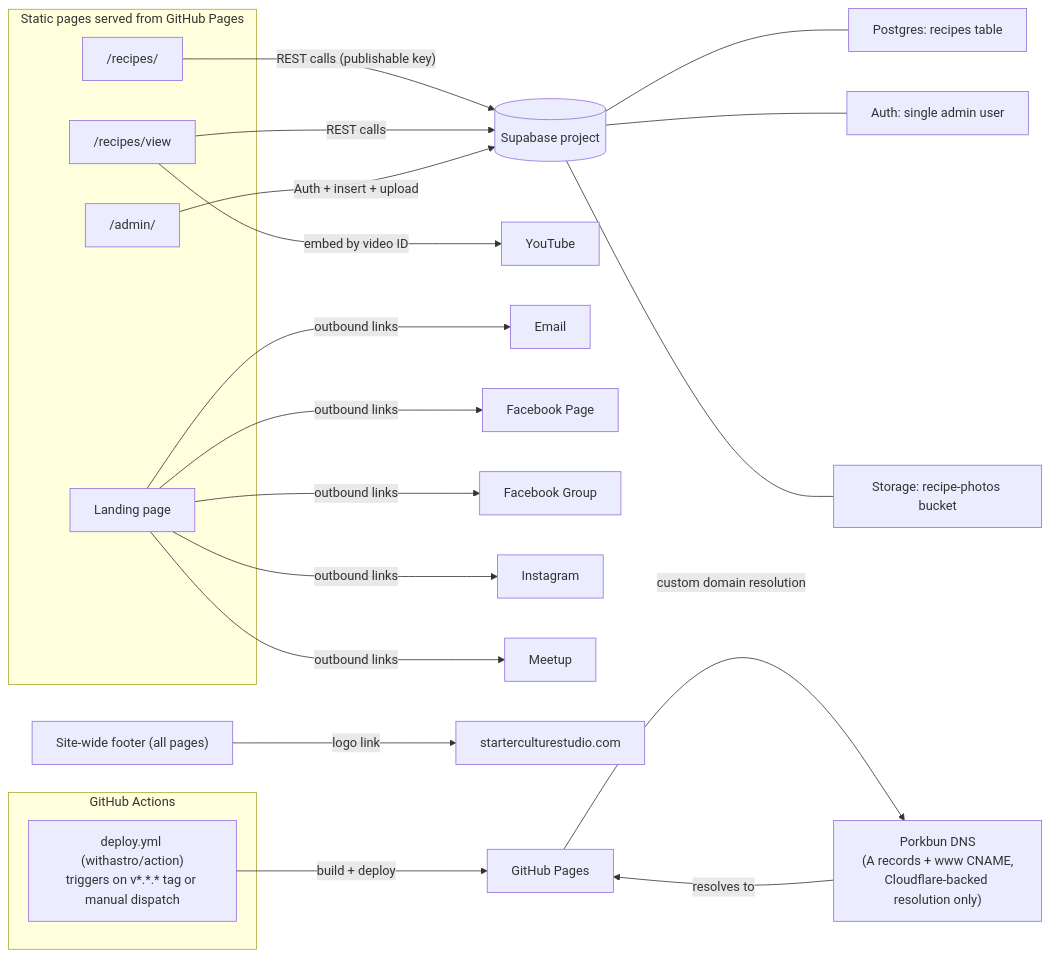
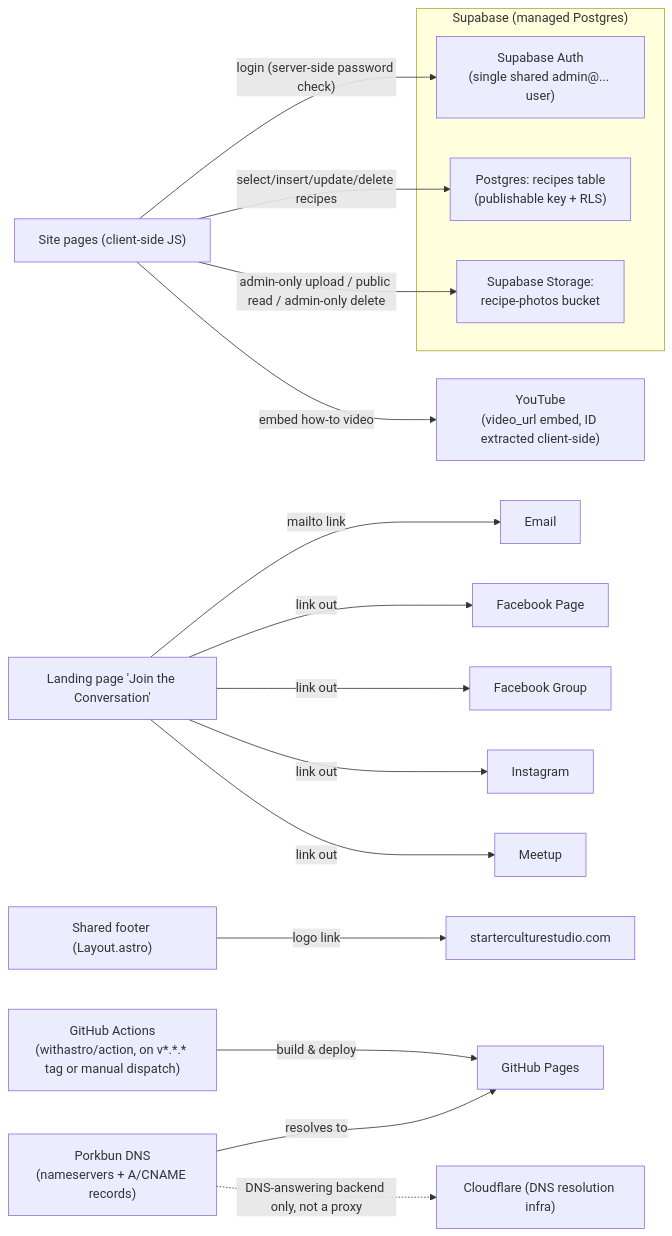
One commit to BubbaF377/heartland-fermenters-guild changed the second of 3 diagrams in docs/VISUALIZER.md. Above: the diagram before and after it, drawn with Mermaid. The commit also changed other lines of this file, not shown here.

````diff
--- a/docs/VISUALIZER.md
+++ b/docs/VISUALIZER.md
@@ -42,33 +32,30 @@
 ```mermaid
 graph LR
-    subgraph Browser["Static pages served from GitHub Pages"]
-        Land["Landing page"]
-        RecList["/recipes/"]
-        RecView["/recipes/view"]
-        AdminPg["/admin/"]
+    Browser["Site pages (client-side JS)"]
+
+    subgraph Supabase["Supabase (managed Postgres)"]
+        AuthSvc["Supabase Auth<br/>(single shared admin@... user)"]
+        DB["Postgres: recipes table<br/>(publishable key + RLS)"]
+        Storage["Supabase Storage:<br/>recipe-photos bucket"]
     end
 
-    RecList -- "REST calls (publishable key)" --> Supa[(Supabase project)]
-    RecView -- "REST calls" --> Supa
-    AdminPg -- "Auth + insert + upload" --> Supa
-    Supa --- SupaDB["Postgres: recipes table"]
-    Supa --- SupaAuthSvc["Auth: single admin user"]
-    Supa --- SupaStore["Storage: recipe-photos bucket"]
+    YouTube["YouTube<br/>(video_url embed, ID extracted client-side)"]
 
-    RecView -- "embed by video ID" --> YT["YouTube"]
+    Browser -->|"login (server-side password check)"| AuthSvc
+    Browser -->|"select/insert/update/delete recipes"| DB
+    Browser -->|"admin-only upload / public read / admin-only delete"| Storage
+    Browser -->|"embed how-to video"| YouTube
 
-    Land -- "outbound links" --> Email["Email"]
-    Land -- "outbound links" --> FBPage["Facebook Page"]
-    Land -- "outbound links" --> FBGroup["Facebook Group"]
-    Land -- "outbound links" --> IG["Instagram"]
-    Land -- "outbound links" --> Meetup["Meetup"]
+    Index2["Landing page 'Join the Conversation'"]
+    Index2 -->|"mailto link"| Email["Email"]
+    Index2 -->|"link out"| FBPage["Facebook Page"]
+    Index2 -->|"link out"| FBGroup["Facebook Group"]
+    Index2 -->|"link out"| Instagram["Instagram"]
+    Index2 -->|"link out"| Meetup["Meetup"]
 
-    Footer["Site-wide footer (all pages)"] -- "logo link" --> SCS2["starterculturestudio.com"]
+    Footer["Shared footer (Layout.astro)"] -->|"logo link"| SCS["starterculturestudio.com"]
 
-    subgraph CI["GitHub Actions"]
-        DeployWF["deploy.yml (withastro/action)<br/>triggers on v*.*.* tag or manual dispatch"]
-    end
-    DeployWF -- "build + deploy" --> Pages["GitHub Pages"]
-    Pages -- "custom domain resolution" --> Porkbun["Porkbun DNS<br/>(A records + www CNAME,<br/>Cloudflare-backed resolution only)"]
-    Porkbun -- "resolves to" --> Pages
+    GHActions["GitHub Actions<br/>(withastro/action, on v*.*.* tag or manual dispatch)"] -->|"build & deploy"| GHPages["GitHub Pages"]
+    Porkbun["Porkbun DNS<br/>(nameservers + A/CNAME records)"] -->|"resolves to"| GHPages
+    Porkbun -.->|"DNS-answering backend only, not a proxy"| Cloudflare["Cloudflare (DNS resolution infra)"]
 ```
````
